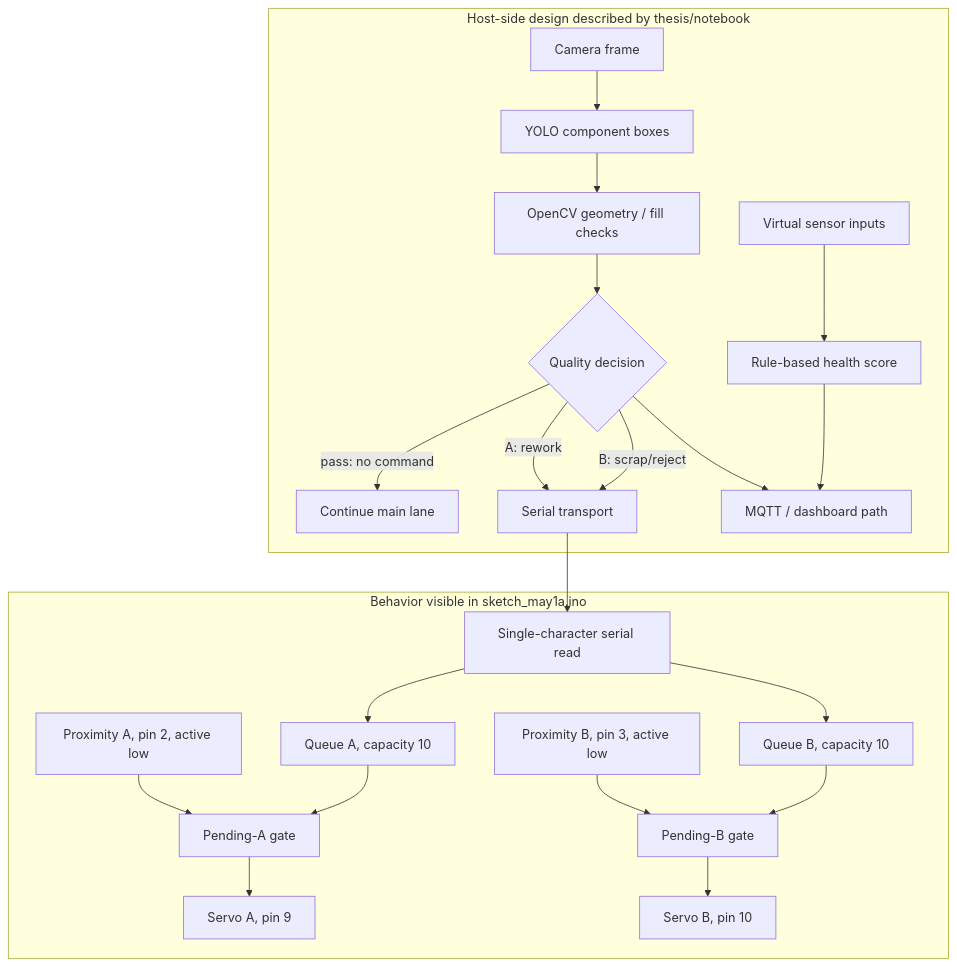
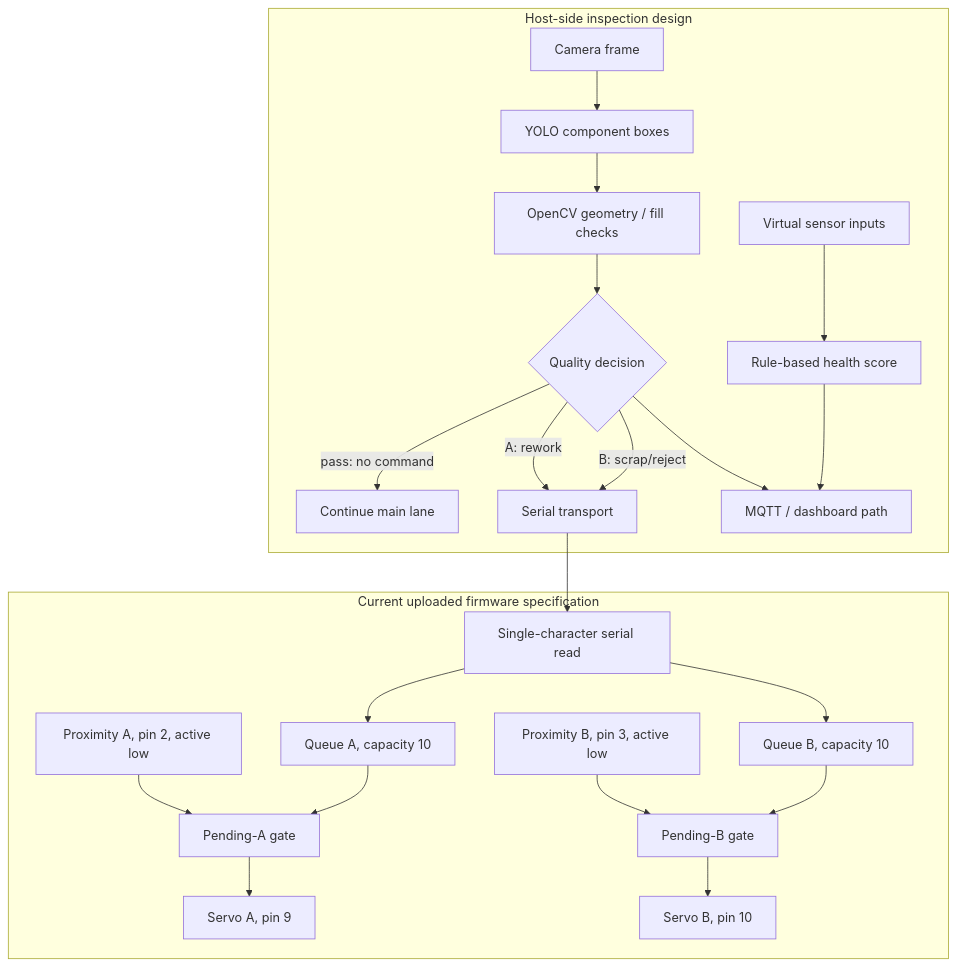
The diagram in docs/architecture.md (DhiaAlhemdani/Advanced-AI-Driven-Industrial-Inspection-and-Sorting-System), drawn with Mermaid before and after one commit. The commit also changed other lines of this file and 22 other files, not shown here.

Commit message:
Present thesis metrics and firmware as neutral updates

````diff
--- a/docs/architecture.md
+++ b/docs/architecture.md
@@ -9,26 +9,26 @@
 ```mermaid
 flowchart TB
-    subgraph Host[Host-side design described by thesis/notebook]
+    subgraph Host[Host-side inspection design]
       C[Camera frame] --> D[YOLO component boxes]
       D --> O[OpenCV geometry / fill checks]
       O --> Q{Quality decision}
       Q -->|pass: no command| PASS[Continue main lane]
       Q -->|A: rework| U[Serial transport]
       Q -->|B: scrap/reject| U
       Q --> OBS[MQTT / dashboard path]
       SIM[Virtual sensor inputs] --> PM[Rule-based health score]
       PM --> OBS
     end
 
-    subgraph UploadedSketch[Behavior visible in sketch_may1a.ino]
+    subgraph UploadedSketch[Current uploaded firmware specification]
       U --> RX[Single-character serial read]
       RX --> QA[Queue A, capacity 10]
       RX --> QB[Queue B, capacity 10]
       PA[Proximity A, pin 2, active low] --> GA[Pending-A gate]
       PB[Proximity B, pin 3, active low] --> GB[Pending-B gate]
       QA --> GA
       QB --> GB
       GA --> SA[Servo A, pin 9]
       GB --> SB[Servo B, pin 10]
     end
 ```
````
